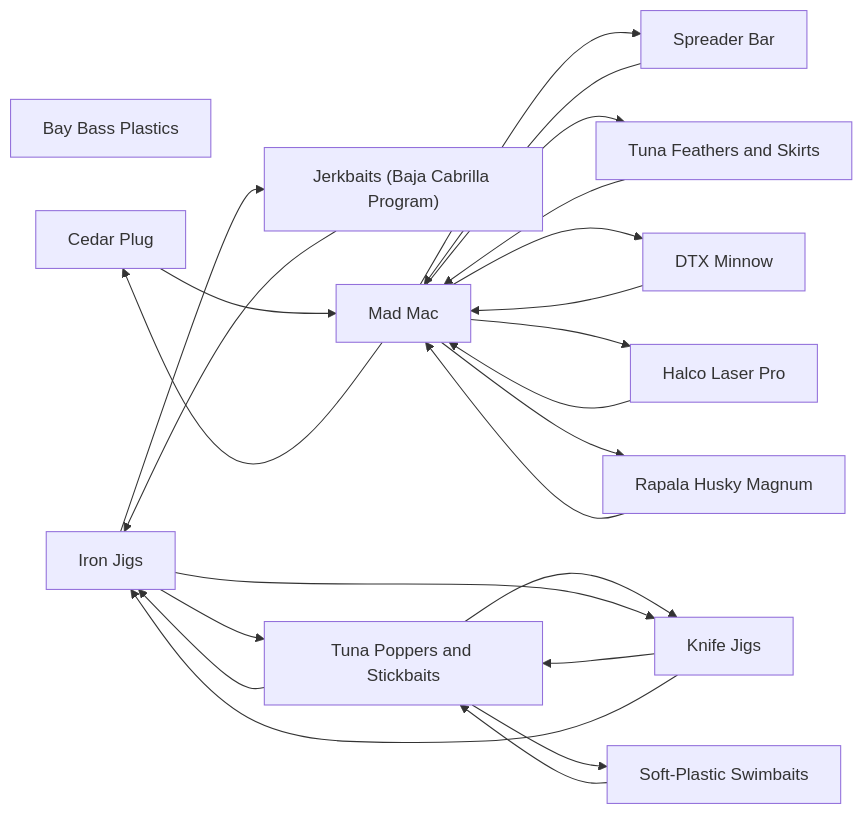
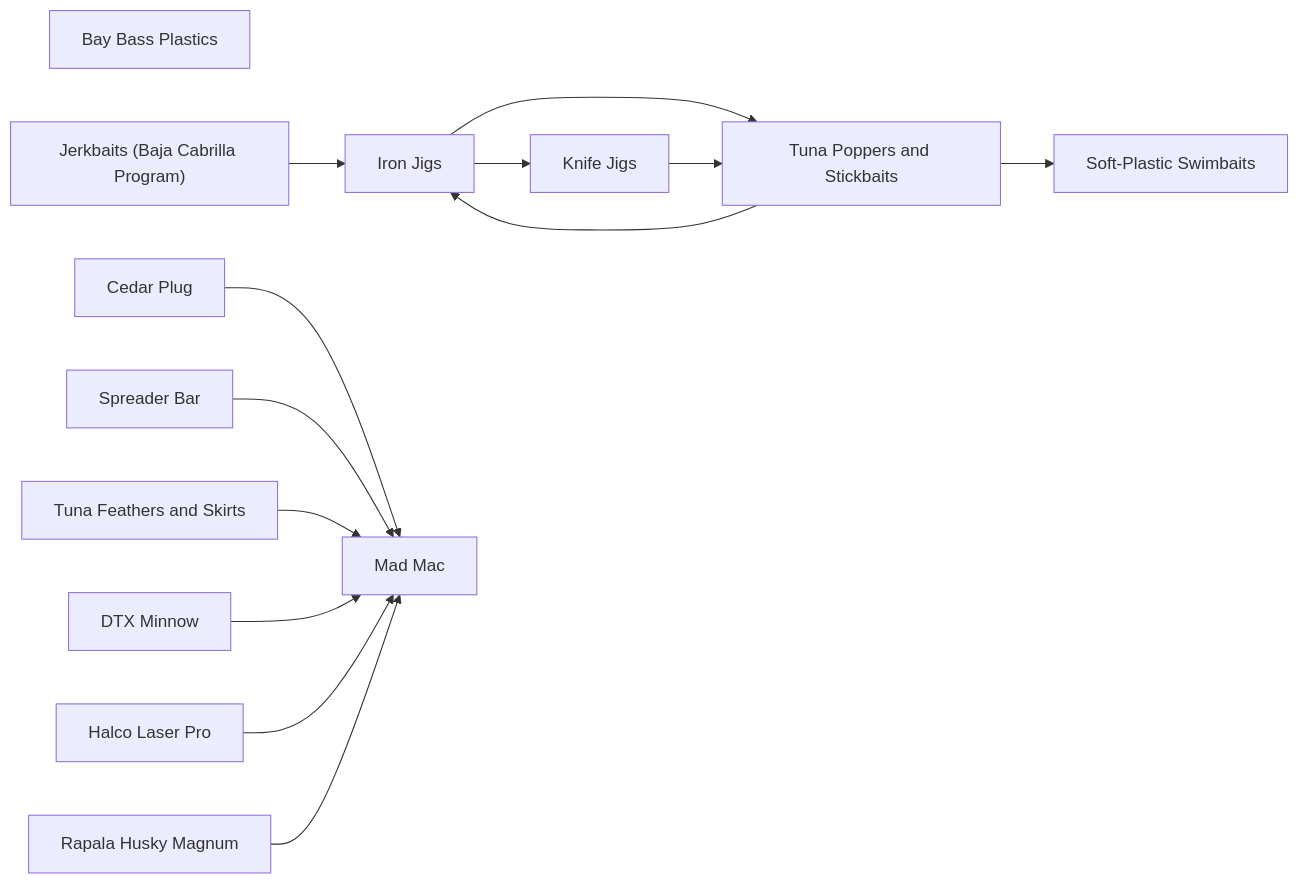
The diagram in lures/README.md (camchuckpete-max/Socal-Fishing-Knowledge), drawn with Mermaid before and after one commit. The commit also changed other lines of this file and 124 other files, not shown here.

````diff
--- a/lures/README.md
+++ b/lures/README.md
@@ -26,38 +26,28 @@
 ```mermaid
 graph LR
   n0["Bay Bass Plastics"]
   n1["Cedar Plug"]
   n2["DTX Minnow"]
   n3["Halco Laser Pro"]
   n4["Iron Jigs"]
   n5["Jerkbaits (Baja Cabrilla Program)"]
   n6["Knife Jigs"]
   n7["Mad Mac"]
   n8["Rapala Husky Magnum"]
   n9["Soft-Plastic Swimbaits"]
   n10["Spreader Bar"]
   n11["Tuna Feathers and Skirts"]
   n12["Tuna Poppers and Stickbaits"]
   n1 --> n7
   n10 --> n7
   n11 --> n7
   n12 --> n4
-  n12 --> n6
   n12 --> n9
   n2 --> n7
   n3 --> n7
   n4 --> n12
-  n4 --> n5
   n4 --> n6
   n5 --> n4
   n6 --> n12
-  n6 --> n4
-  n7 --> n1
-  n7 --> n10
-  n7 --> n11
-  n7 --> n2
-  n7 --> n3
-  n7 --> n8
   n8 --> n7
-  n9 --> n12
 ```
````
